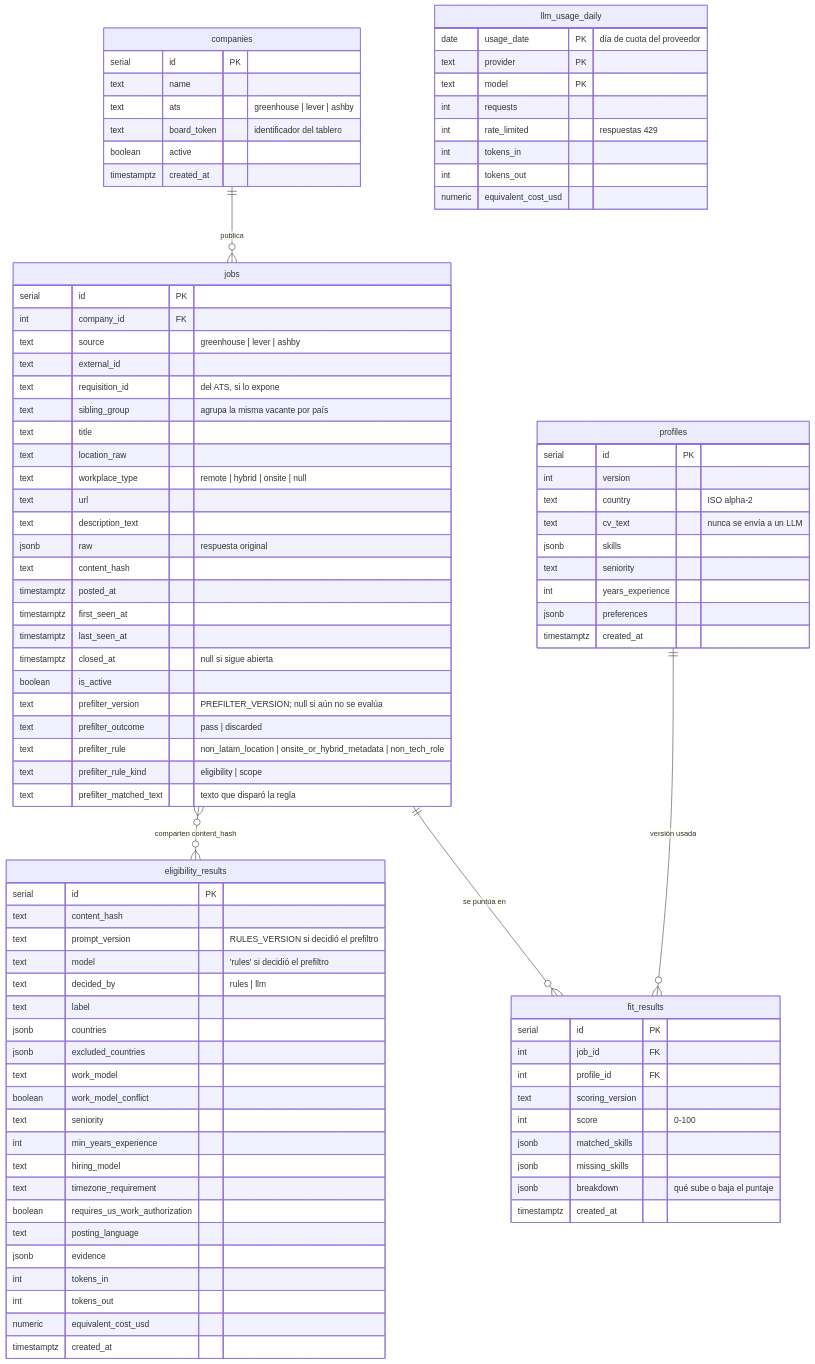
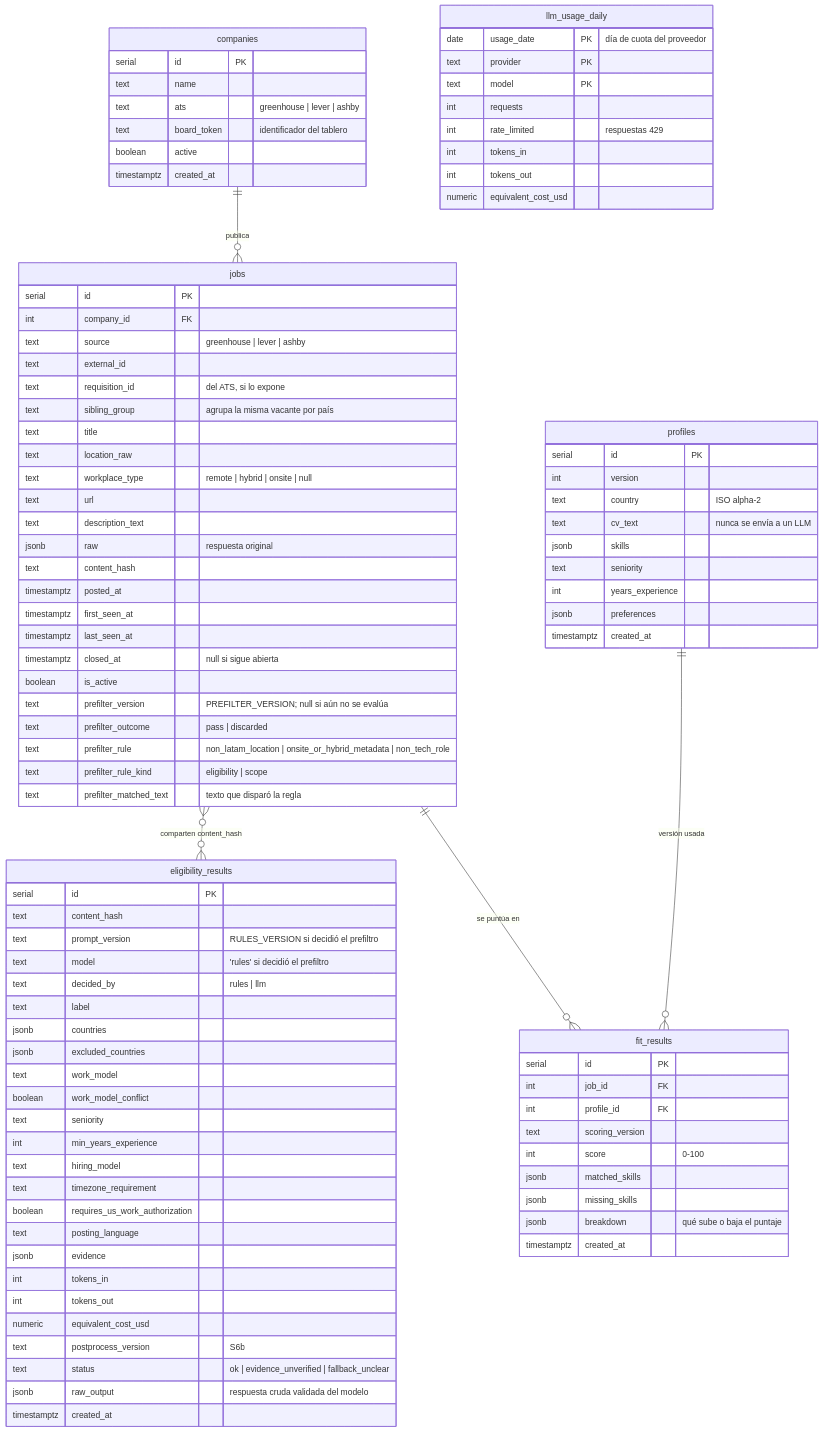
One commit to JuanManuelRivera31/remotefit changed the diagram in docs/03-modelo-de-datos.md. Above: the diagram before and after it, drawn with Mermaid. The commit also changed other lines of this file and 1 other file, not shown here.

Commit message:
docs: ADR 0004 owner review of 9 dev cases, postprocess-v2; data model for S6b

```diff
--- a/docs/03-modelo-de-datos.md
+++ b/docs/03-modelo-de-datos.md
@@ -63,6 +63,9 @@
         int tokens_in
         int tokens_out
         numeric equivalent_cost_usd
+        text postprocess_version "S6b"
+        text status "ok | evidence_unverified | fallback_unclear"
+        jsonb raw_output "respuesta cruda validada del modelo"
         timestamptz created_at
     }
     profiles {
```
